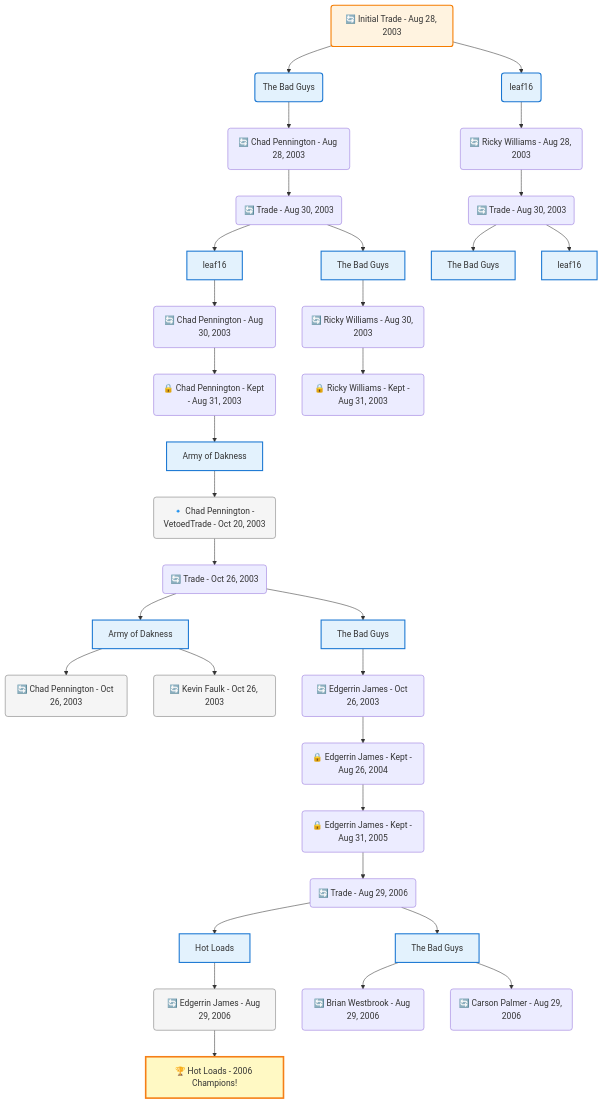
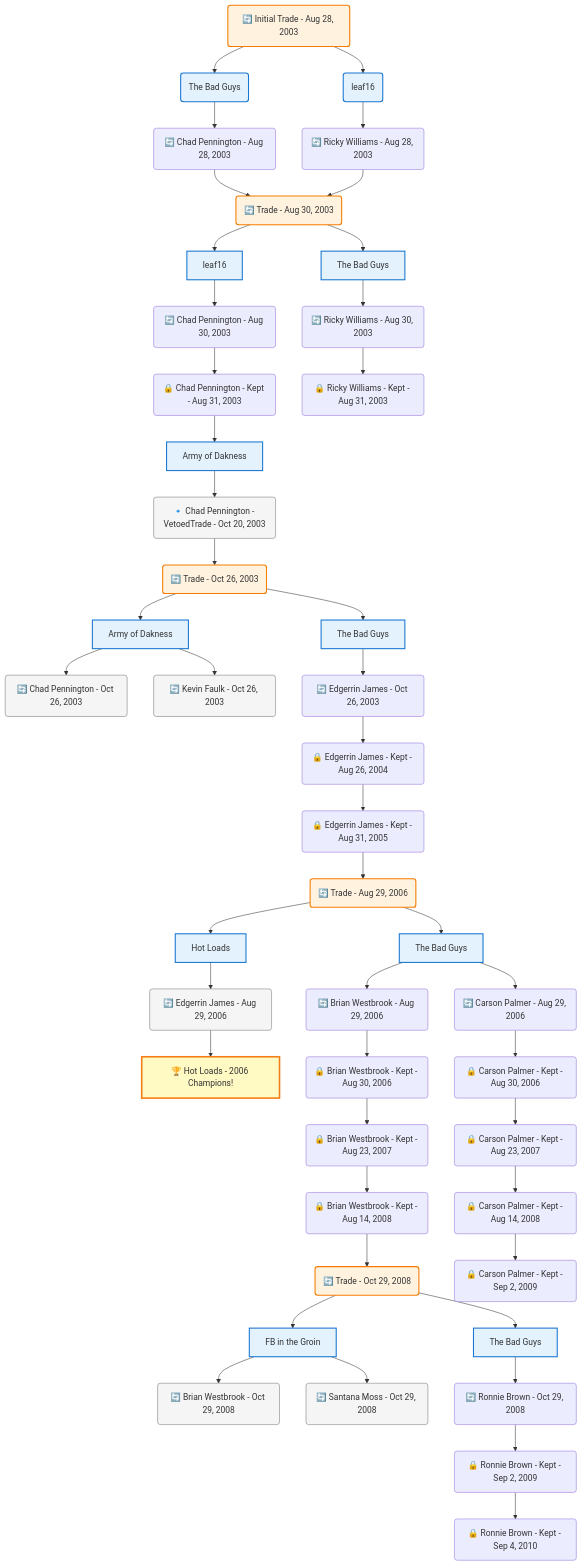
One commit to bsnooks/FantasyArchive changed the diagram in frontend/public/data/trade-trees/mermaid/a3f4b3cf-bd08-4a83-9489-874713b7fb8b.mmd. Above: the diagram before and after it, drawn with Mermaid. The commit also changed 181 other files, not shown here.

Commit message:
Trade tree UI nav fixes and expand subsequent trades from root teams.

```diff
--- a/frontend/public/data/trade-trees/mermaid/a3f4b3cf-bd08-4a83-9489-874713b7fb8b.mmd
+++ b/frontend/public/data/trade-trees/mermaid/a3f4b3cf-bd08-4a83-9489-874713b7fb8b.mmd
@@ -1,80 +1,105 @@
 flowchart TD
 
     TRADE_MAIN("🔄 Initial Trade - Aug 28, 2003")
     TEAM_1("The Bad Guys")
     TEAM_2("leaf16")
     NODE_e10f9a9f-2aed-41c9-ad4f-ad117b360712("🔄 Chad Pennington - Aug 28, 2003")
     TRADE_acf08202-74a9-4e7b-98d5-e5066ca742c5_3("🔄 Trade - Aug 30, 2003")
     TEAM_66fb98f4-89a7-45f9-893a-b41d71e6249d_4["leaf16"]
     NODE_188fa9ce-14de-480d-8864-8ce057a16538("🔄 Chad Pennington - Aug 30, 2003")
     NODE_84f5c609-3165-48e5-9a6f-7dfc5a7d0dfa("🔒 Chad Pennington - Kept - Aug 31, 2003")
     TEAM_40f7599b-e68f-4bf4-9553-bf7e10924635_5["Army of Dakness"]
     NODE_271464e7-7068-43eb-bc8e-60c8902bde85("🔹 Chad Pennington - VetoedTrade - Oct 20, 2003")
     TRADE_2e680dce-18bf-432e-849a-99e65b8c275d_6("🔄 Trade - Oct 26, 2003")
     TEAM_40f7599b-e68f-4bf4-9553-bf7e10924635_7["Army of Dakness"]
     NODE_775f3b52-1103-4d9c-8eb5-cbec0e8c4aad("🔄 Chad Pennington - Oct 26, 2003")
     NODE_ca07ae5a-6886-45b3-9712-8bc5c20aba87("🔄 Kevin Faulk - Oct 26, 2003")
     TEAM_b2220d1a-ff75-4622-9757-09978901110f_8["The Bad Guys"]
     NODE_b3a78454-9e43-4673-b41a-e786f87bc6db("🔄 Edgerrin James - Oct 26, 2003")
     NODE_107a6885-0c4f-40d5-9509-8974b4923a4e("🔒 Edgerrin James - Kept - Aug 26, 2004")
     NODE_1b1401f7-4822-4afe-bc79-b0d53e566bb8("🔒 Edgerrin James - Kept - Aug 31, 2005")
     TRADE_7f4637e4-4da1-4a72-8274-2515752ca9db_9("🔄 Trade - Aug 29, 2006")
     TEAM_8e9f18ff-62c3-40e8-bb10-32f74cf4ee33_10["Hot Loads"]
     NODE_5b1c2069-8707-4e09-823a-ce670e4fba0e("🔄 Edgerrin James - Aug 29, 2006")
     CHAMP_8e9f18ff-62c3-40e8-bb10-32f74cf4ee33_2006["🏆 Hot Loads - 2006 Champions!"]
     TEAM_b2220d1a-ff75-4622-9757-09978901110f_11["The Bad Guys"]
     NODE_419e01c3-c7a1-4345-8911-157bb4e5f526("🔄 Brian Westbrook - Aug 29, 2006")
+    NODE_884b0c2e-e2c1-4bfb-a572-90f9b272c4c5("🔒 Brian Westbrook - Kept - Aug 30, 2006")
+    NODE_7648771f-eb1a-42e6-98ca-037060a721a7("🔒 Brian Westbrook - Kept - Aug 23, 2007")
+    NODE_5e21ae81-63dc-4ac0-8552-0a6deb2d2f62("🔒 Brian Westbrook - Kept - Aug 14, 2008")
+    TRADE_c3f0b7c2-f7b5-4e00-9f80-68c86f7c182e_12("🔄 Trade - Oct 29, 2008")
+    TEAM_f483ecf1-cd17-4991-854b-e52dfc957b45_13["FB in the Groin"]
+    NODE_12905ee6-bbd2-40e5-9718-ce23cb7d7206("🔄 Brian Westbrook - Oct 29, 2008")
+    NODE_6443451d-b374-42e2-9cc8-cf7ea623c574("🔄 Santana Moss - Oct 29, 2008")
+    TEAM_b2220d1a-ff75-4622-9757-09978901110f_14["The Bad Guys"]
+    NODE_acbb1f4c-bddd-4152-be7d-cdbc176f8841("🔄 Ronnie Brown - Oct 29, 2008")
+    NODE_3844f232-181a-4af4-ad32-7773482ac39b("🔒 Ronnie Brown - Kept - Sep 2, 2009")
+    NODE_5f1b63ce-96fa-4d5d-a065-b53daf393a9a("🔒 Ronnie Brown - Kept - Sep 4, 2010")
     NODE_4fcfbb74-d396-426f-b80b-a9e22eabd6be("🔄 Carson Palmer - Aug 29, 2006")
-    TEAM_b2220d1a-ff75-4622-9757-09978901110f_12["The Bad Guys"]
+    NODE_0e08ab70-b31b-4e01-916d-100cd0376830("🔒 Carson Palmer - Kept - Aug 30, 2006")
+    NODE_6aa76e8d-700d-435a-8c61-fe6381a86672("🔒 Carson Palmer - Kept - Aug 23, 2007")
+    NODE_27e24a70-7ba9-4eea-ae99-a96201862d26("🔒 Carson Palmer - Kept - Aug 14, 2008")
+    NODE_e82ce1f1-049c-4e4c-97bb-b5bdf4a8c0d7("🔒 Carson Palmer - Kept - Sep 2, 2009")
+    TEAM_b2220d1a-ff75-4622-9757-09978901110f_15["The Bad Guys"]
     NODE_e3d62b93-f548-4a7a-ae06-19cd622eed29("🔄 Ricky Williams - Aug 30, 2003")
     NODE_049433a2-9be2-42a9-8cec-02c81f0a1603("🔒 Ricky Williams - Kept - Aug 31, 2003")
     NODE_f3bd2f4b-aba9-44d5-8551-d97ba1df2004("🔄 Ricky Williams - Aug 28, 2003")
-    TRADE_acf08202-74a9-4e7b-98d5-e5066ca742c5_13("🔄 Trade - Aug 30, 2003")
-    TEAM_b2220d1a-ff75-4622-9757-09978901110f_14["The Bad Guys"]
-    TEAM_66fb98f4-89a7-45f9-893a-b41d71e6249d_15["leaf16"]
 
     TRADE_MAIN --> TEAM_1
     TRADE_MAIN --> TEAM_2
     TEAM_1 --> NODE_e10f9a9f-2aed-41c9-ad4f-ad117b360712
     NODE_e10f9a9f-2aed-41c9-ad4f-ad117b360712 --> TRADE_acf08202-74a9-4e7b-98d5-e5066ca742c5_3
     TRADE_acf08202-74a9-4e7b-98d5-e5066ca742c5_3 --> TEAM_66fb98f4-89a7-45f9-893a-b41d71e6249d_4
     TEAM_66fb98f4-89a7-45f9-893a-b41d71e6249d_4 --> NODE_188fa9ce-14de-480d-8864-8ce057a16538
     NODE_188fa9ce-14de-480d-8864-8ce057a16538 --> NODE_84f5c609-3165-48e5-9a6f-7dfc5a7d0dfa
     NODE_84f5c609-3165-48e5-9a6f-7dfc5a7d0dfa --> TEAM_40f7599b-e68f-4bf4-9553-bf7e10924635_5
     TEAM_40f7599b-e68f-4bf4-9553-bf7e10924635_5 --> NODE_271464e7-7068-43eb-bc8e-60c8902bde85
     NODE_271464e7-7068-43eb-bc8e-60c8902bde85 --> TRADE_2e680dce-18bf-432e-849a-99e65b8c275d_6
     TRADE_2e680dce-18bf-432e-849a-99e65b8c275d_6 --> TEAM_40f7599b-e68f-4bf4-9553-bf7e10924635_7
     TEAM_40f7599b-e68f-4bf4-9553-bf7e10924635_7 --> NODE_775f3b52-1103-4d9c-8eb5-cbec0e8c4aad
     TEAM_40f7599b-e68f-4bf4-9553-bf7e10924635_7 --> NODE_ca07ae5a-6886-45b3-9712-8bc5c20aba87
     TRADE_2e680dce-18bf-432e-849a-99e65b8c275d_6 --> TEAM_b2220d1a-ff75-4622-9757-09978901110f_8
     TEAM_b2220d1a-ff75-4622-9757-09978901110f_8 --> NODE_b3a78454-9e43-4673-b41a-e786f87bc6db
     NODE_b3a78454-9e43-4673-b41a-e786f87bc6db --> NODE_107a6885-0c4f-40d5-9509-8974b4923a4e
     NODE_107a6885-0c4f-40d5-9509-8974b4923a4e --> NODE_1b1401f7-4822-4afe-bc79-b0d53e566bb8
     NODE_1b1401f7-4822-4afe-bc79-b0d53e566bb8 --> TRADE_7f4637e4-4da1-4a72-8274-2515752ca9db_9
     TRADE_7f4637e4-4da1-4a72-8274-2515752ca9db_9 --> TEAM_8e9f18ff-62c3-40e8-bb10-32f74cf4ee33_10
     TEAM_8e9f18ff-62c3-40e8-bb10-32f74cf4ee33_10 --> NODE_5b1c2069-8707-4e09-823a-ce670e4fba0e
     NODE_5b1c2069-8707-4e09-823a-ce670e4fba0e --> CHAMP_8e9f18ff-62c3-40e8-bb10-32f74cf4ee33_2006
     TRADE_7f4637e4-4da1-4a72-8274-2515752ca9db_9 --> TEAM_b2220d1a-ff75-4622-9757-09978901110f_11
     TEAM_b2220d1a-ff75-4622-9757-09978901110f_11 --> NODE_419e01c3-c7a1-4345-8911-157bb4e5f526
+    NODE_419e01c3-c7a1-4345-8911-157bb4e5f526 --> NODE_884b0c2e-e2c1-4bfb-a572-90f9b272c4c5
+    NODE_884b0c2e-e2c1-4bfb-a572-90f9b272c4c5 --> NODE_7648771f-eb1a-42e6-98ca-037060a721a7
+    NODE_7648771f-eb1a-42e6-98ca-037060a721a7 --> NODE_5e21ae81-63dc-4ac0-8552-0a6deb2d2f62
+    NODE_5e21ae81-63dc-4ac0-8552-0a6deb2d2f62 --> TRADE_c3f0b7c2-f7b5-4e00-9f80-68c86f7c182e_12
+    TRADE_c3f0b7c2-f7b5-4e00-9f80-68c86f7c182e_12 --> TEAM_f483ecf1-cd17-4991-854b-e52dfc957b45_13
+    TEAM_f483ecf1-cd17-4991-854b-e52dfc957b45_13 --> NODE_12905ee6-bbd2-40e5-9718-ce23cb7d7206
+    TEAM_f483ecf1-cd17-4991-854b-e52dfc957b45_13 --> NODE_6443451d-b374-42e2-9cc8-cf7ea623c574
+    TRADE_c3f0b7c2-f7b5-4e00-9f80-68c86f7c182e_12 --> TEAM_b2220d1a-ff75-4622-9757-09978901110f_14
+    TEAM_b2220d1a-ff75-4622-9757-09978901110f_14 --> NODE_acbb1f4c-bddd-4152-be7d-cdbc176f8841
+    NODE_acbb1f4c-bddd-4152-be7d-cdbc176f8841 --> NODE_3844f232-181a-4af4-ad32-7773482ac39b
+    NODE_3844f232-181a-4af4-ad32-7773482ac39b --> NODE_5f1b63ce-96fa-4d5d-a065-b53daf393a9a
     TEAM_b2220d1a-ff75-4622-9757-09978901110f_11 --> NODE_4fcfbb74-d396-426f-b80b-a9e22eabd6be
-    TRADE_acf08202-74a9-4e7b-98d5-e5066ca742c5_3 --> TEAM_b2220d1a-ff75-4622-9757-09978901110f_12
-    TEAM_b2220d1a-ff75-4622-9757-09978901110f_12 --> NODE_e3d62b93-f548-4a7a-ae06-19cd622eed29
+    NODE_4fcfbb74-d396-426f-b80b-a9e22eabd6be --> NODE_0e08ab70-b31b-4e01-916d-100cd0376830
+    NODE_0e08ab70-b31b-4e01-916d-100cd0376830 --> NODE_6aa76e8d-700d-435a-8c61-fe6381a86672
+    NODE_6aa76e8d-700d-435a-8c61-fe6381a86672 --> NODE_27e24a70-7ba9-4eea-ae99-a96201862d26
+    NODE_27e24a70-7ba9-4eea-ae99-a96201862d26 --> NODE_e82ce1f1-049c-4e4c-97bb-b5bdf4a8c0d7
+    TRADE_acf08202-74a9-4e7b-98d5-e5066ca742c5_3 --> TEAM_b2220d1a-ff75-4622-9757-09978901110f_15
+    TEAM_b2220d1a-ff75-4622-9757-09978901110f_15 --> NODE_e3d62b93-f548-4a7a-ae06-19cd622eed29
     NODE_e3d62b93-f548-4a7a-ae06-19cd622eed29 --> NODE_049433a2-9be2-42a9-8cec-02c81f0a1603
     TEAM_2 --> NODE_f3bd2f4b-aba9-44d5-8551-d97ba1df2004
-    NODE_f3bd2f4b-aba9-44d5-8551-d97ba1df2004 --> TRADE_acf08202-74a9-4e7b-98d5-e5066ca742c5_13
-    TRADE_acf08202-74a9-4e7b-98d5-e5066ca742c5_13 --> TEAM_b2220d1a-ff75-4622-9757-09978901110f_14
-    TRADE_acf08202-74a9-4e7b-98d5-e5066ca742c5_13 --> TEAM_66fb98f4-89a7-45f9-893a-b41d71e6249d_15
+    NODE_f3bd2f4b-aba9-44d5-8551-d97ba1df2004 --> TRADE_acf08202-74a9-4e7b-98d5-e5066ca742c5_3
 
     %% Node styling
     classDef teamNode fill:#e3f2fd,stroke:#1976d2,stroke-width:2px
     classDef tradeNode fill:#fff3e0,stroke:#f57c00,stroke-width:2px
     classDef playerNode fill:#f3e5f5,stroke:#7b1fa2,stroke-width:1px
     classDef nonRootPlayerNode fill:#f5f5f5,stroke:#757575,stroke-width:1px
     classDef endNode fill:#ffebee,stroke:#c62828,stroke-width:2px
     classDef waiverNode fill:#e8f5e8,stroke:#388e3c,stroke-width:2px
     classDef championshipNode fill:#fff9c4,stroke:#f57f17,stroke-width:3px
 
-    class TEAM_1,TEAM_2,TEAM_66fb98f4-89a7-45f9-893a-b41d71e6249d_4,TEAM_40f7599b-e68f-4bf4-9553-bf7e10924635_5,TEAM_40f7599b-e68f-4bf4-9553-bf7e10924635_7,TEAM_b2220d1a-ff75-4622-9757-09978901110f_8,TEAM_8e9f18ff-62c3-40e8-bb10-32f74cf4ee33_10,TEAM_b2220d1a-ff75-4622-9757-09978901110f_11,TEAM_b2220d1a-ff75-4622-9757-09978901110f_12,TEAM_b2220d1a-ff75-4622-9757-09978901110f_14,TEAM_66fb98f4-89a7-45f9-893a-b41d71e6249d_15 teamNode
+    class TEAM_1,TEAM_2,TEAM_66fb98f4-89a7-45f9-893a-b41d71e6249d_4,TEAM_40f7599b-e68f-4bf4-9553-bf7e10924635_5,TEAM_40f7599b-e68f-4bf4-9553-bf7e10924635_7,TEAM_b2220d1a-ff75-4622-9757-09978901110f_8,TEAM_8e9f18ff-62c3-40e8-bb10-32f74cf4ee33_10,TEAM_b2220d1a-ff75-4622-9757-09978901110f_11,TEAM_f483ecf1-cd17-4991-854b-e52dfc957b45_13,TEAM_b2220d1a-ff75-4622-9757-09978901110f_14,TEAM_b2220d1a-ff75-4622-9757-09978901110f_15 teamNode
     class CHAMP_8e9f18ff-62c3-40e8-bb10-32f74cf4ee33_2006 championshipNode
-    class NODE_271464e7-7068-43eb-bc8e-60c8902bde85,NODE_775f3b52-1103-4d9c-8eb5-cbec0e8c4aad,NODE_ca07ae5a-6886-45b3-9712-8bc5c20aba87,NODE_5b1c2069-8707-4e09-823a-ce670e4fba0e nonRootPlayerNode
-    class TRADE_MAIN tradeNode
+    class NODE_271464e7-7068-43eb-bc8e-60c8902bde85,NODE_775f3b52-1103-4d9c-8eb5-cbec0e8c4aad,NODE_ca07ae5a-6886-45b3-9712-8bc5c20aba87,NODE_5b1c2069-8707-4e09-823a-ce670e4fba0e,NODE_12905ee6-bbd2-40e5-9718-ce23cb7d7206,NODE_6443451d-b374-42e2-9cc8-cf7ea623c574 nonRootPlayerNode
+    class TRADE_MAIN,TRADE_acf08202-74a9-4e7b-98d5-e5066ca742c5_3,TRADE_2e680dce-18bf-432e-849a-99e65b8c275d_6,TRADE_7f4637e4-4da1-4a72-8274-2515752ca9db_9,TRADE_c3f0b7c2-f7b5-4e00-9f80-68c86f7c182e_12 tradeNode
```
